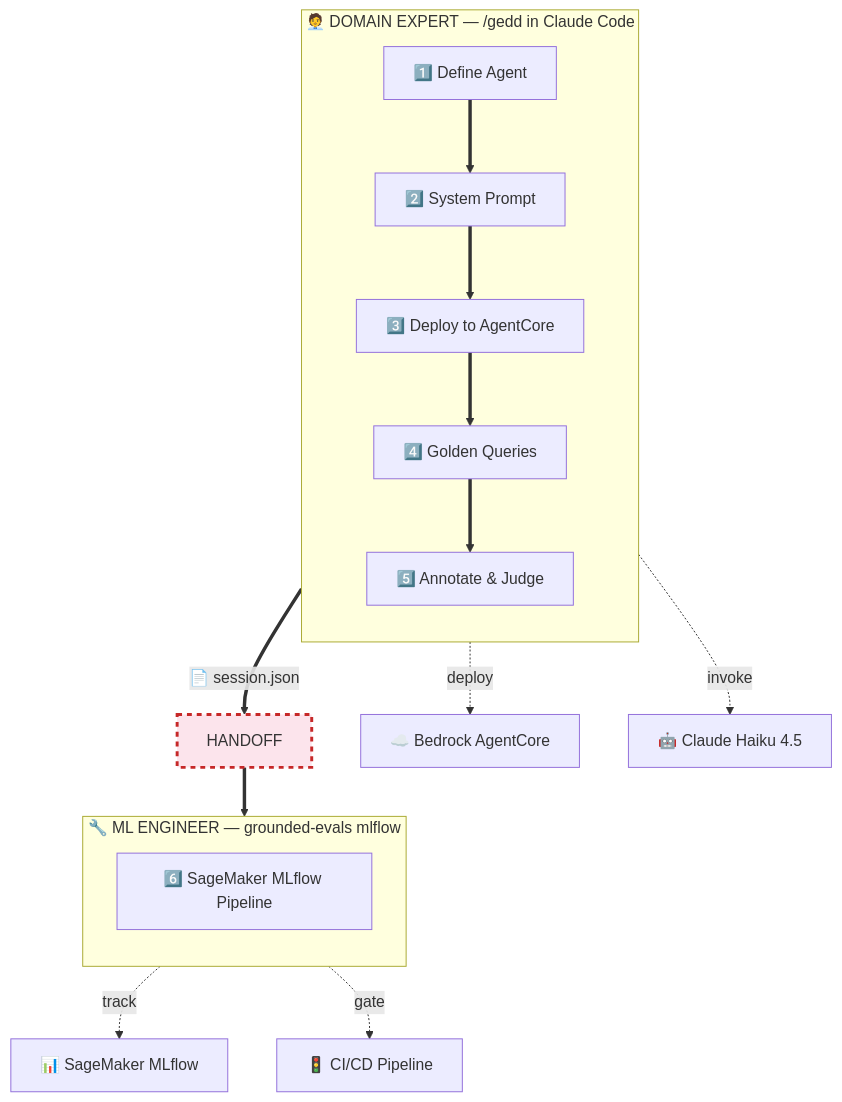
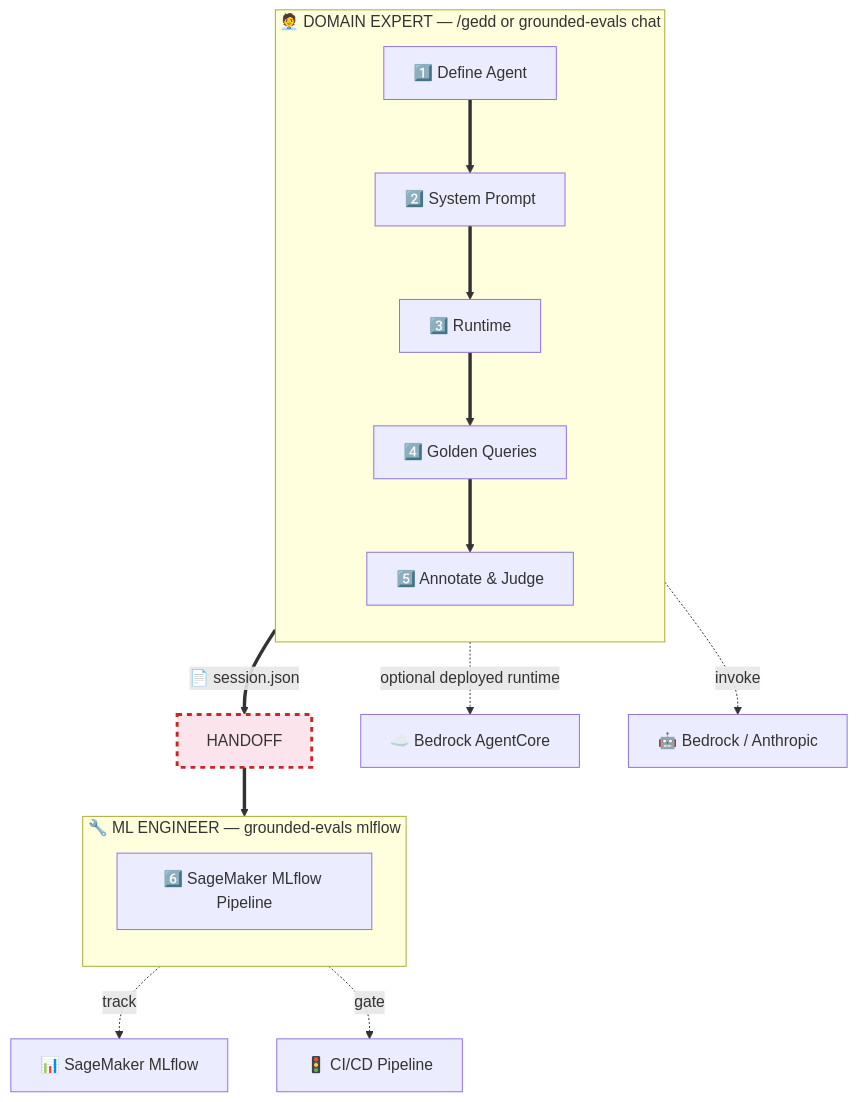
The first of 3 diagrams in README.md (aws-samples/sample-GEDD), drawn with Mermaid before and after one commit. The commit also changed other lines of this file, not shown here.

````diff
--- a/README.md
+++ b/README.md
@@ -22,28 +22,28 @@
 ```mermaid
 flowchart TD
-    subgraph DE["🧑‍💼 DOMAIN EXPERT — /gedd in Claude Code"]
+    subgraph DE["🧑‍💼 DOMAIN EXPERT — /gedd or grounded-evals chat"]
         direction TB
         S1["1️⃣ Define Agent"]
         S2["2️⃣ System Prompt"]
-        S3["3️⃣ Deploy to AgentCore"]
+        S3["3️⃣ Runtime"]
         S4["4️⃣ Golden Queries"]
         S5["5️⃣ Annotate & Judge"]
         S1 ==> S2 ==> S3 ==> S4 ==> S5
     end
 
     S5 ==>|"📄 session.json"| HANDOFF:::handoff
 
     HANDOFF ==> S6
 
     subgraph ML["🔧 ML ENGINEER — grounded-evals mlflow"]
         direction TB
         S6["6️⃣ SageMaker MLflow Pipeline"]
     end
 
-    S3 -.->|"deploy"| AC["☁️ Bedrock AgentCore"]
-    S4 -.->|"invoke"| BR["🤖 Claude Haiku 4.5"]
+    S3 -.->|"optional deployed runtime"| AC["☁️ Bedrock AgentCore"]
+    S4 -.->|"invoke"| BR["🤖 Bedrock / Anthropic"]
     S6 -.->|"track"| SM["📊 SageMaker MLflow"]
     S6 -.->|"gate"| CI["🚦 CI/CD Pipeline"]
 
     classDef handoff fill:#fce4ec,stroke:#c62828,stroke-width:3px,stroke-dasharray: 5 5
 ```
````
